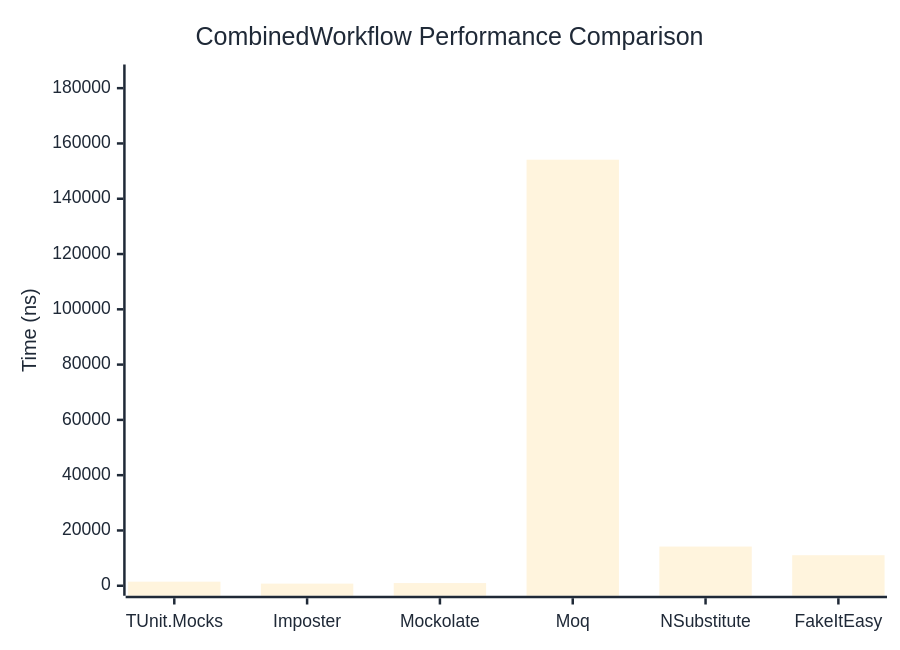
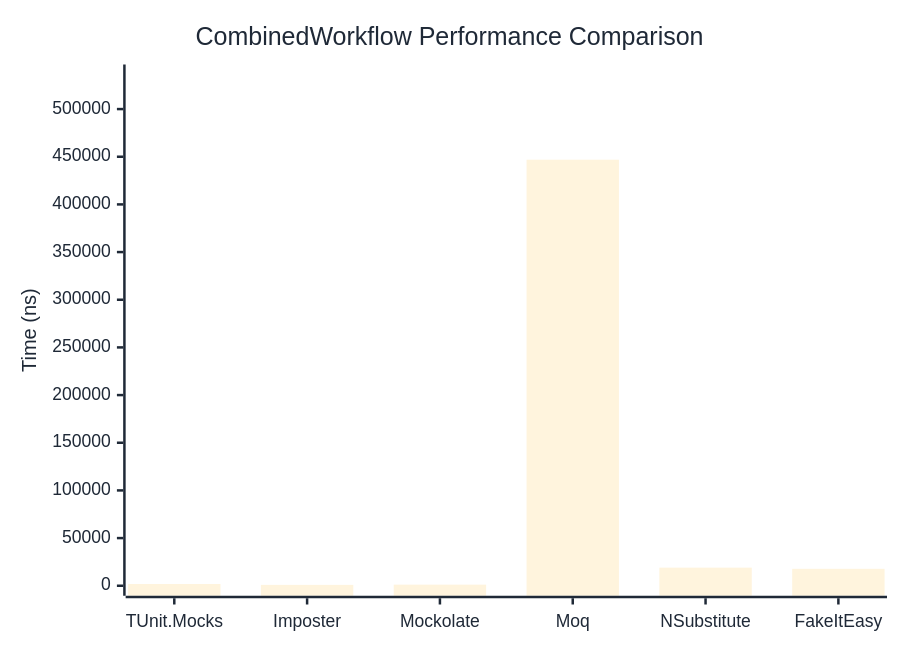
Before and after one commit to thomhurst/TUnit: the diagram in docs/docs/benchmarks/mocks/CombinedWorkflow.md, drawn with Mermaid. The commit also changed other lines of this file and 14 other files, not shown here.

````diff
--- a/docs/docs/benchmarks/mocks/CombinedWorkflow.md
+++ b/docs/docs/benchmarks/mocks/CombinedWorkflow.md
@@ -30,27 +30,27 @@
 ```mermaid
 %%{init: {
   'theme':'base',
   'themeVariables': {
     'primaryColor': '#2563eb',
     'primaryTextColor': '#1f2937',
     'primaryBorderColor': '#1e40af',
     'lineColor': '#6b7280',
     'secondaryColor': '#7c3aed',
     'tertiaryColor': '#dc2626',
     'background': '#ffffff',
     'pie1': '#2563eb',
     'pie2': '#7c3aed',
     'pie3': '#dc2626',
     'pie4': '#f59e0b',
     'pie5': '#10b981',
     'pie6': '#06b6d4',
     'pie7': '#ec4899',
     'pie8': '#6366f1'
   }
 }}%%
 xychart-beta
   title "CombinedWorkflow Performance Comparison"
   x-axis ["TUnit.Mocks", "Imposter", "Mockolate", "Moq", "NSubstitute", "FakeItEasy"]
-  y-axis "Time (ns)" 0 --> 184943
-  bar [1478.3, 771.7, 970.1, 154118.8, 14180.8, 11047.7]
+  y-axis "Time (ns)" 0 --> 536262
+  bar [1859, 915.4, 1142.1, 446884.9, 18978.9, 17767.5]
 ```
````
